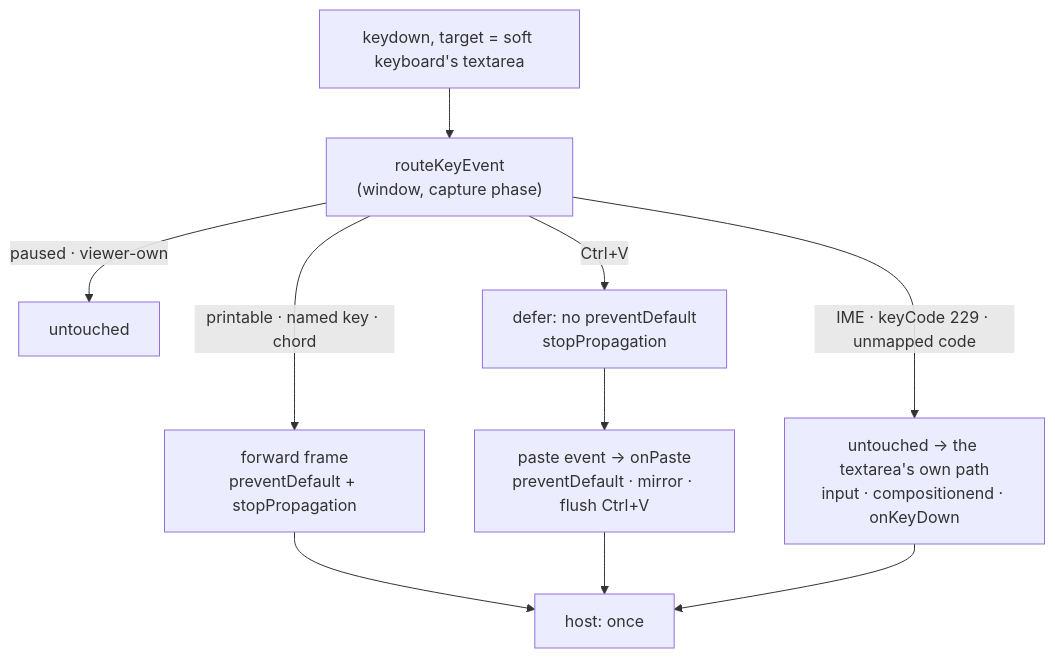
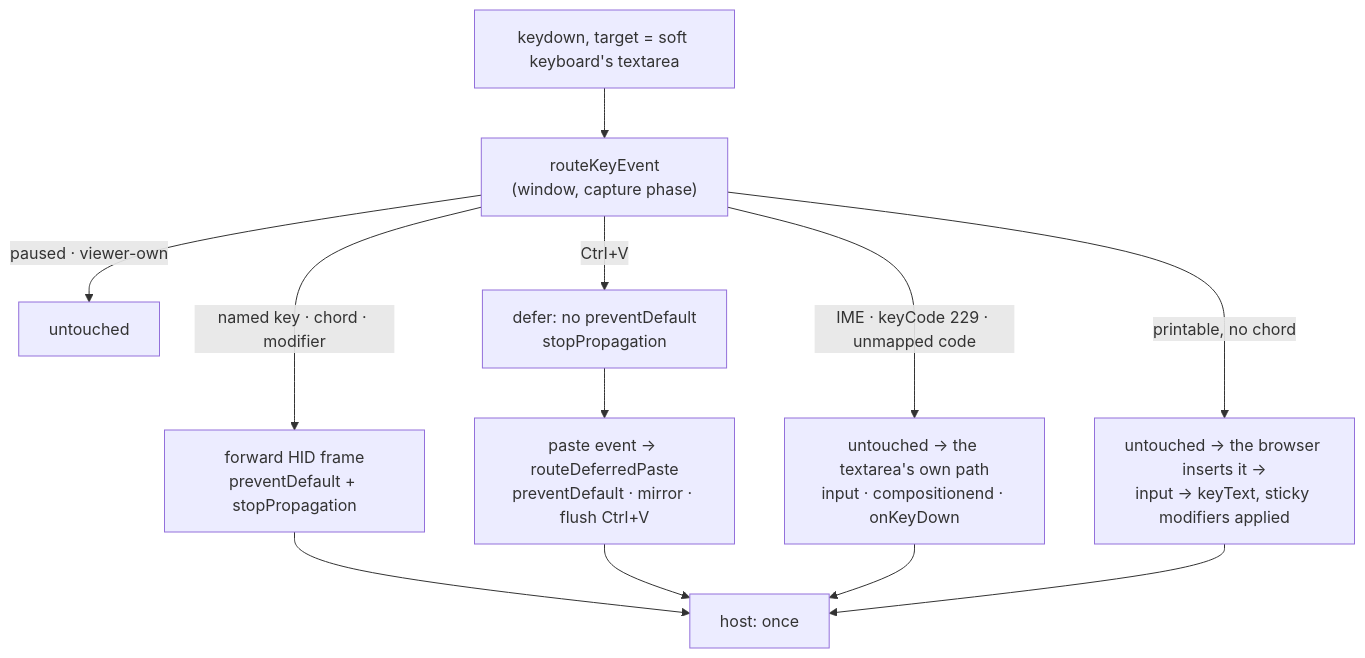
One commit to gjovanov/roomler-ai changed the ninth of 27 diagrams in docs/remote-control.md. Above: the diagram before and after it, drawn with Mermaid. The commit also changed other lines of this file and 11 other files, not shown here.

First line of the commit message:
fix(rc-viewer): a printable key is the soft keyboard's own; the deferred paste's one preventDefault is a shared seam (review of #2890)

````diff
--- a/docs/remote-control.md
+++ b/docs/remote-control.md
@@ -926,12 +936,14 @@
 ```mermaid
 flowchart TD
     K["keydown, target = soft keyboard's textarea"] --> R["routeKeyEvent<br/>(window, capture phase)"]
     R -->|"paused · viewer-own"| U["untouched"]
     R -->|"IME · keyCode 229 · unmapped code"| D["untouched → the textarea's own path<br/>input · compositionend · onKeyDown"]
-    R -->|"printable · named key · chord"| F["forward frame<br/>preventDefault + stopPropagation"]
+    R -->|"printable, no chord"| T["untouched → the browser inserts it →<br/>input → keyText, sticky modifiers applied"]
+    R -->|"named key · chord · modifier"| F["forward HID frame<br/>preventDefault + stopPropagation"]
     R -->|"Ctrl+V"| V["defer: no preventDefault<br/>stopPropagation"]
-    V --> P["paste event → onPaste<br/>preventDefault · mirror · flush Ctrl+V"]
+    V --> P["paste event → routeDeferredPaste<br/>preventDefault · mirror · flush Ctrl+V"]
     F --> H["host: once"]
     P --> H
     D --> H
+    T --> H
 ```
````
